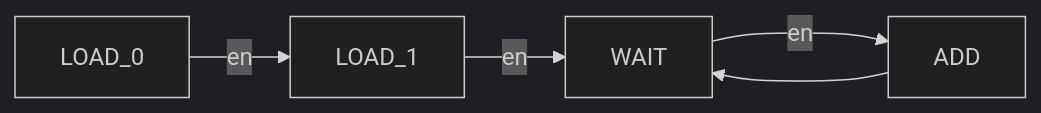
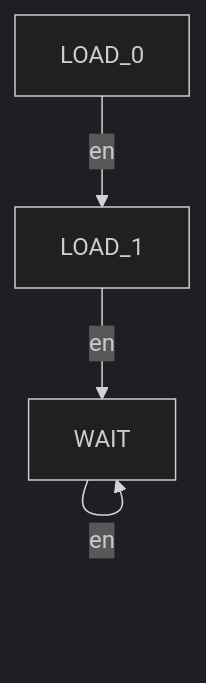
The diagram in 计算机组成原理实验/lab1/report.md (liuly0322/USTC-CS-COURSE-HW), drawn with Mermaid (dark theme) before and after one commit. The commit also changed other lines of this file and 8 other files, not shown here.

````diff
--- a/计算机组成原理实验/lab1/report.md
+++ b/计算机组成原理实验/lab1/report.md
@@ -278,4 +278,4 @@
 ```mermaid
-graph LR
-LOAD_0--en-->LOAD_1--en-->WAIT--en-->ADD--->WAIT
+graph TD
+LOAD_0--en-->LOAD_1--en-->WAIT--en-->WAIT
 ```
````
